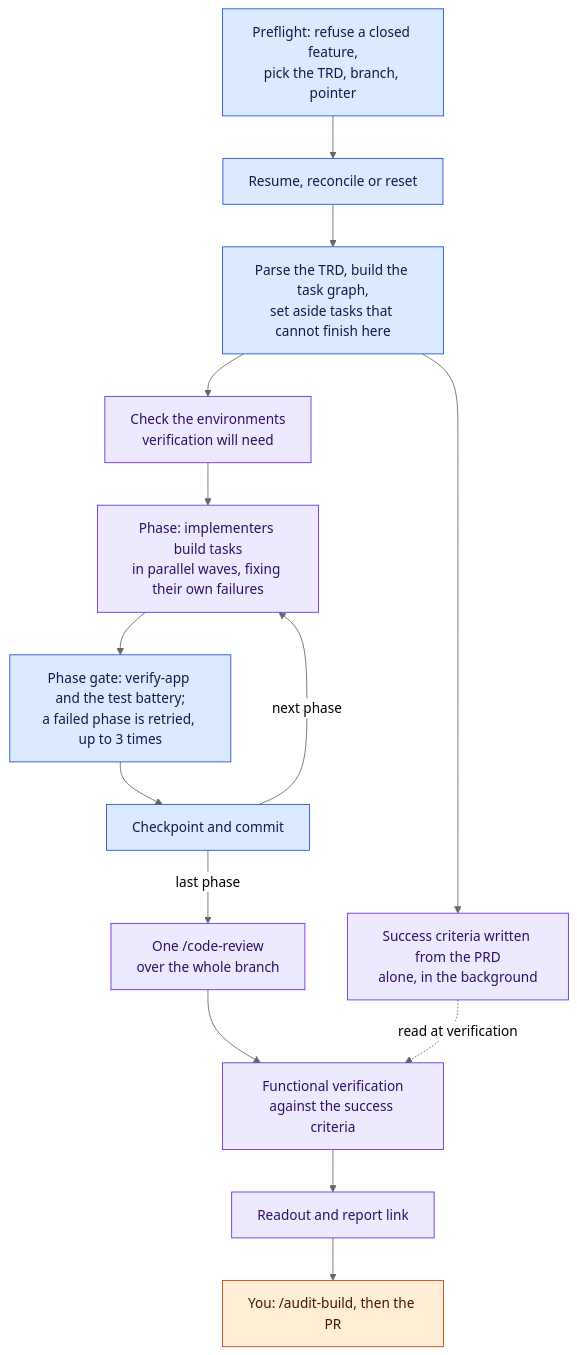
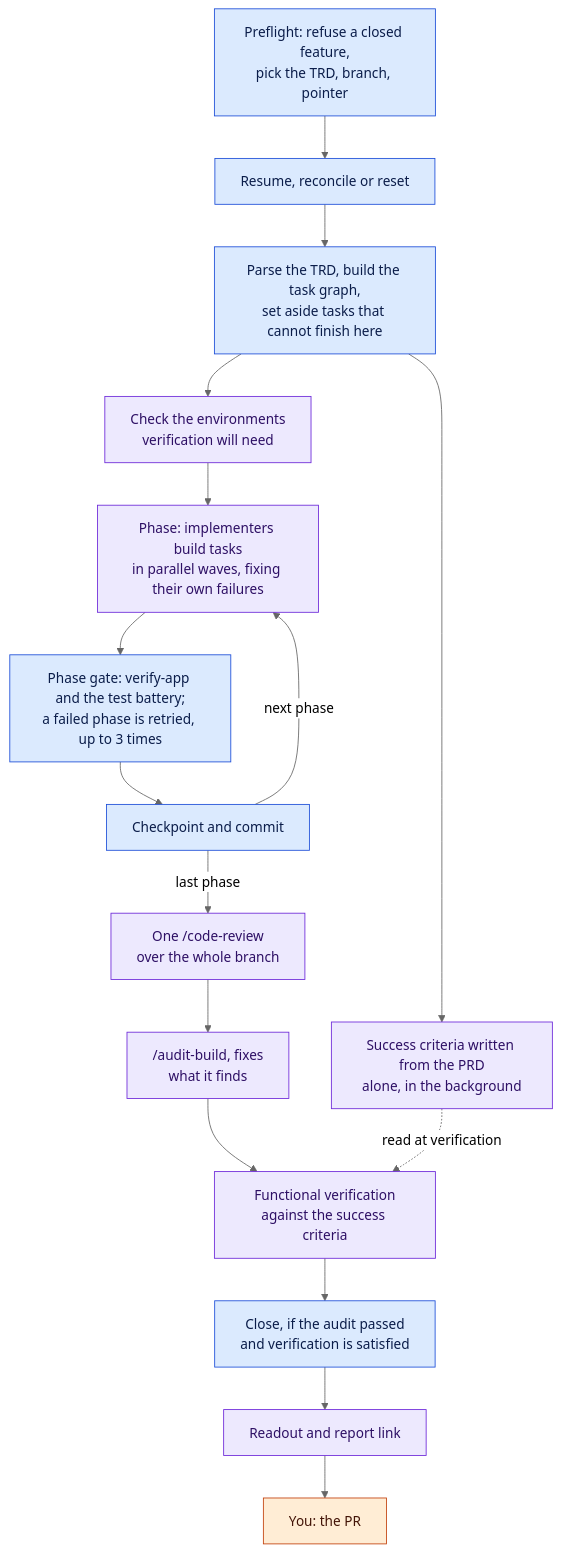
Before and after one commit to FortiumPartners/ensemble-vnext: the sixth of 13 diagrams in docs/guides/PROCESS.md, drawn with Mermaid (neutral theme). The commit also changed other lines of this file and 19 other files, not shown here.

Commit message:
chore(phase 4): checkpoint (docs audit-first; order test; battery green apart from 4 environmental baseline failures)

````diff
--- a/docs/guides/PROCESS.md
+++ b/docs/guides/PROCESS.md
@@ -178,13 +178,13 @@
 ```mermaid
 flowchart TD
     pre["Preflight: refuse a closed feature,<br/>pick the TRD, branch, pointer"]:::code --> rs["Resume, reconcile or reset"]:::code --> pp["Parse the TRD, build the task graph,<br/>set aside tasks that cannot finish here"]:::code
     pp --> der["Success criteria written from the PRD<br/>alone, in the background"]:::model
     pp --> env["Check the environments<br/>verification will need"]:::model
     env --> im["Phase: implementers build tasks<br/>in parallel waves, fixing their own failures"]:::model --> g["Phase gate: verify-app and the test battery;<br/>a failed phase is retried, up to 3 times"]:::code --> ck["Checkpoint and commit"]:::code
     ck -->|"next phase"| im
-    ck -->|"last phase"| rv["One /code-review<br/>over the whole branch"]:::model --> vf["Functional verification<br/>against the success criteria"]:::model --> ro["Readout and report link"]:::model --> you["You: /audit-build, then the PR"]:::you
+    ck -->|"last phase"| rv["One /code-review<br/>over the whole branch"]:::model --> au["/audit-build, fixes<br/>what it finds"]:::model --> vf["Functional verification<br/>against the success criteria"]:::model --> cl["Close, if the audit passed<br/>and verification is satisfied"]:::code --> ro["Readout and report link"]:::model --> you["You: the PR"]:::you
     der -.->|"read at verification"| vf
     classDef code fill:#dbeafe,stroke:#1d4ed8,color:#0b1d4a
     classDef model fill:#ede9fe,stroke:#6d28d9,color:#2e1065
     classDef you fill:#ffedd5,stroke:#c2410c,color:#431407
 ```
````
